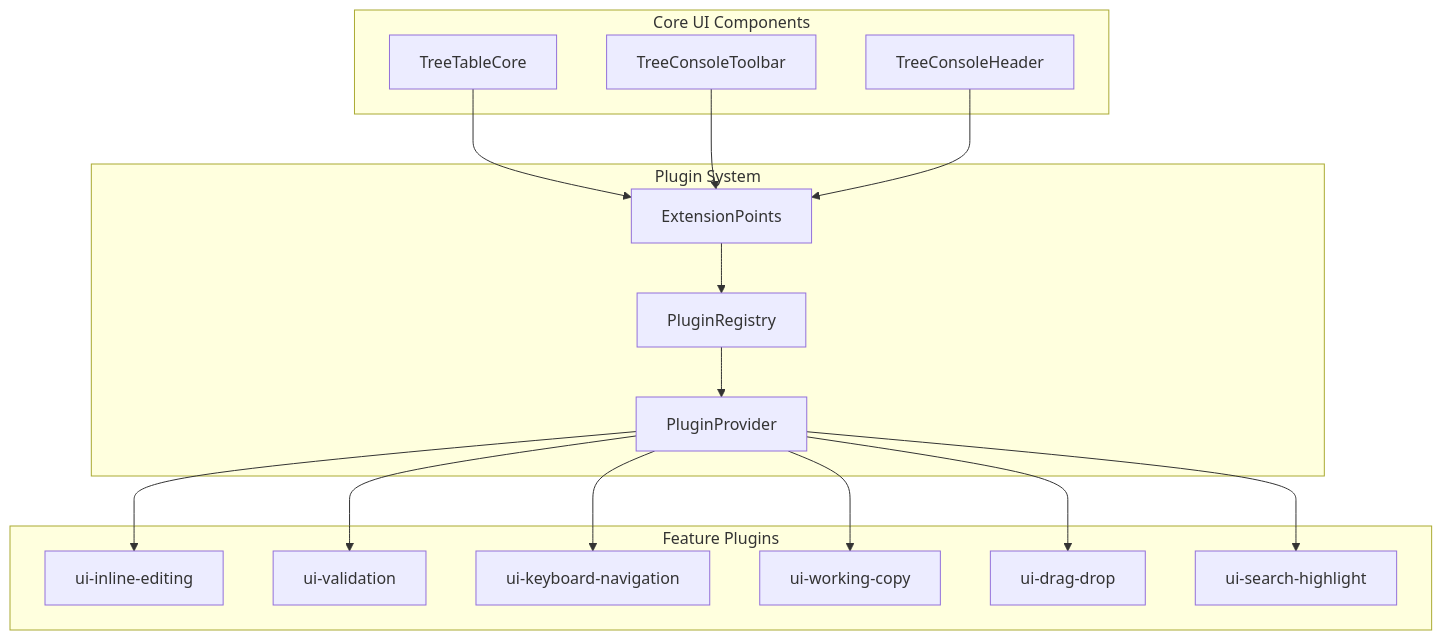
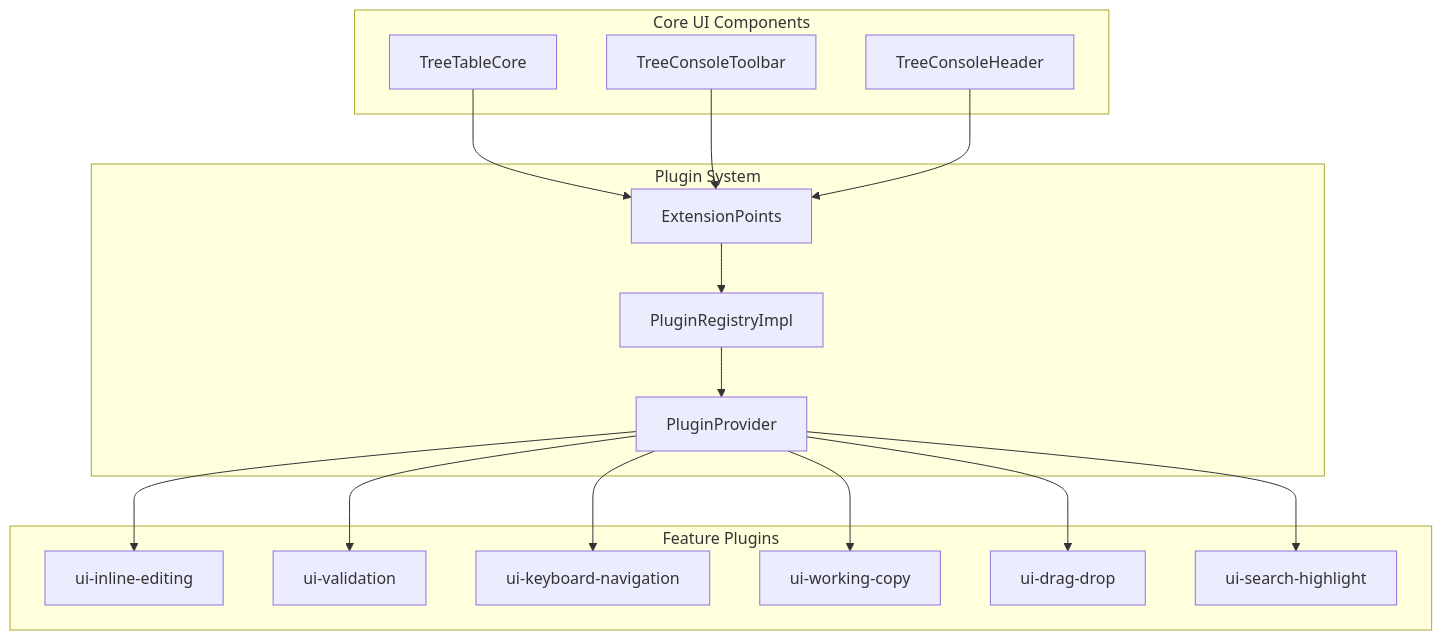
Before and after one commit to kubohiroya/hierarchidb: the diagram in docs/deprecated/REPORT/ui-plugin-architecture.md, drawn with Mermaid. The commit also changed other lines of this file and 366 other files, not shown here.

````diff
--- a/docs/deprecated/REPORT/ui-plugin-architecture.md
+++ b/docs/deprecated/REPORT/ui-plugin-architecture.md
@@ -38,35 +38,35 @@
 ```mermaid
 graph TB
     subgraph "Core UI Components"
         A[TreeTableCore]
         B[TreeConsoleToolbar]
         C[TreeConsoleHeader]
     end
     
     subgraph "Plugin System"
-        D[PluginRegistry]
+        D[PluginRegistryImpl]
         E[PluginProvider]
         F[ExtensionPoints]
     end
     
     subgraph "Feature Plugins"
         G[ui-inline-editing]
         H[ui-validation]
         I[ui-keyboard-navigation]
         J[ui-working-copy]
         K[ui-drag-drop]
         L[ui-search-highlight]
     end
     
     A --> F
     B --> F
     C --> F
     F --> D
     D --> E
     E --> G
     E --> H
     E --> I
     E --> J
     E --> K
     E --> L
 ```
````
